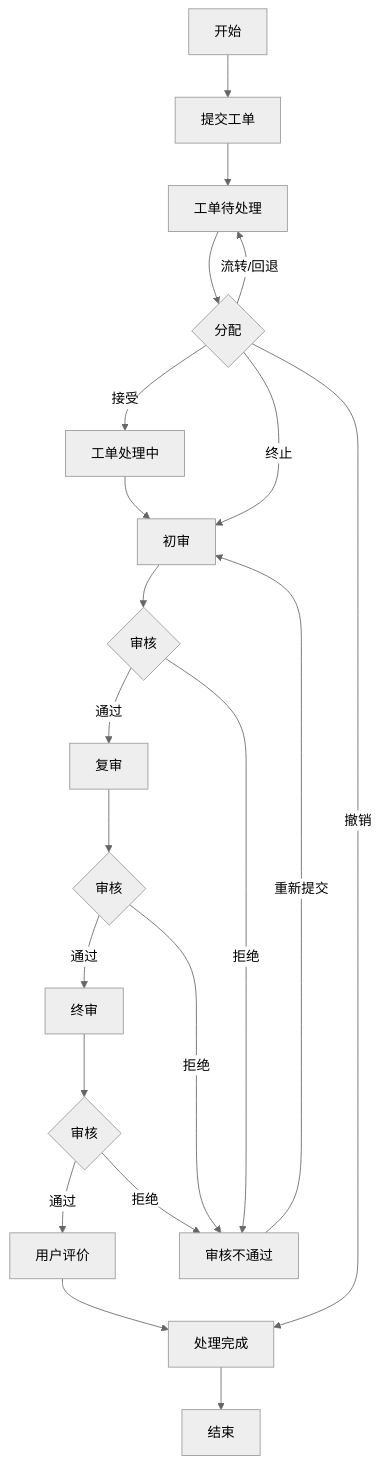
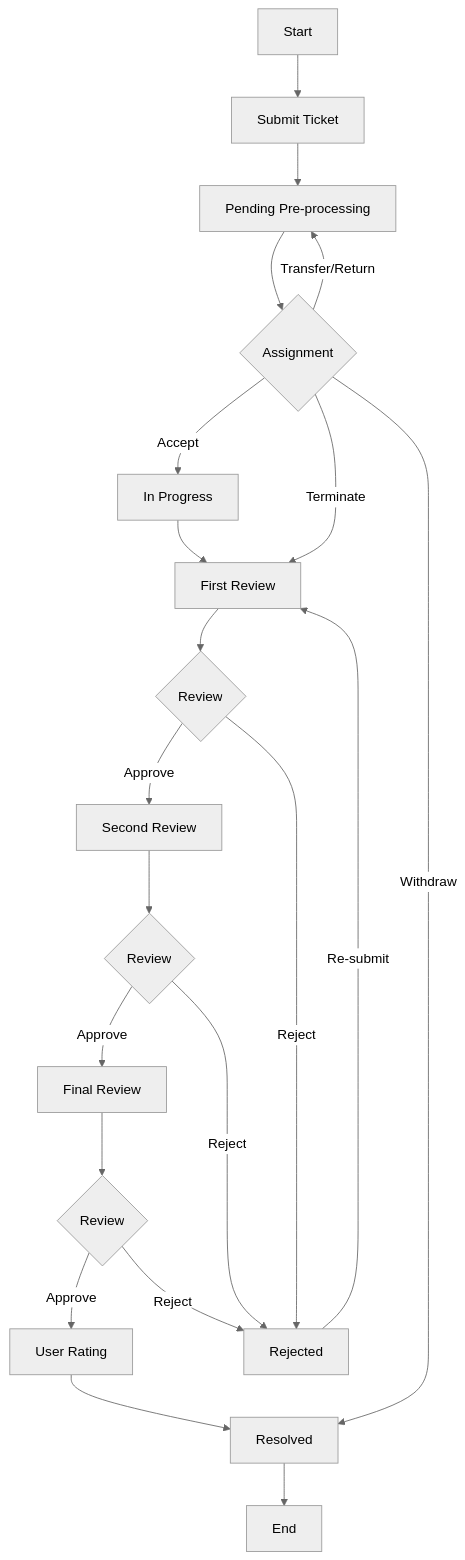
The diagram in examples/canteen-workflow.md (anlaiye/ai-prompt-templates), drawn with Mermaid (neutral theme) before and after one commit. The commit also changed other lines of this file and 2 other files, not shown here.

````diff
--- a/examples/canteen-workflow.md
+++ b/examples/canteen-workflow.md
@@ -14,23 +14,23 @@
 ```mermaid
 graph TD
-  A[开始] --> B[提交工单]
-  B --> C[工单待处理]
-  C --> D{分配}
-  D -- 接受 --> E[工单处理中]
-  D -- 流转/回退 --> C
-  D -- 终止 --> F[初审]
-  D -- 撤销 --> K[处理完成]
+  A[Start] --> B[Submit Ticket]
+  B --> C[Pending Pre-processing]
+  C --> D{Assignment}
+  D -- Accept --> E[In Progress]
+  D -- Transfer/Return --> C
+  D -- Terminate --> F[First Review]
+  D -- Withdraw --> K[Resolved]
   E --> F
-  F --> G{审核}
-  G -- 通过 --> H[复审]
-  G -- 拒绝 --> R[审核不通过]
-  H --> I{审核}
-  I -- 通过 --> J[终审]
-  I -- 拒绝 --> R
-  J --> L{审核}
-  L -- 通过 --> M[用户评价]
-  L -- 拒绝 --> R
-  R -->|重新提交| F
+  F --> G{Review}
+  G -- Approve --> H[Second Review]
+  G -- Reject --> R[Rejected]
+  H --> I{Review}
+  I -- Approve --> J[Final Review]
+  I -- Reject --> R
+  J --> L{Review}
+  L -- Approve --> M[User Rating]
+  L -- Reject --> R
+  R -->|Re-submit| F
   M --> K
-  K --> N[结束]
+  K --> N[End]
 ```
````
